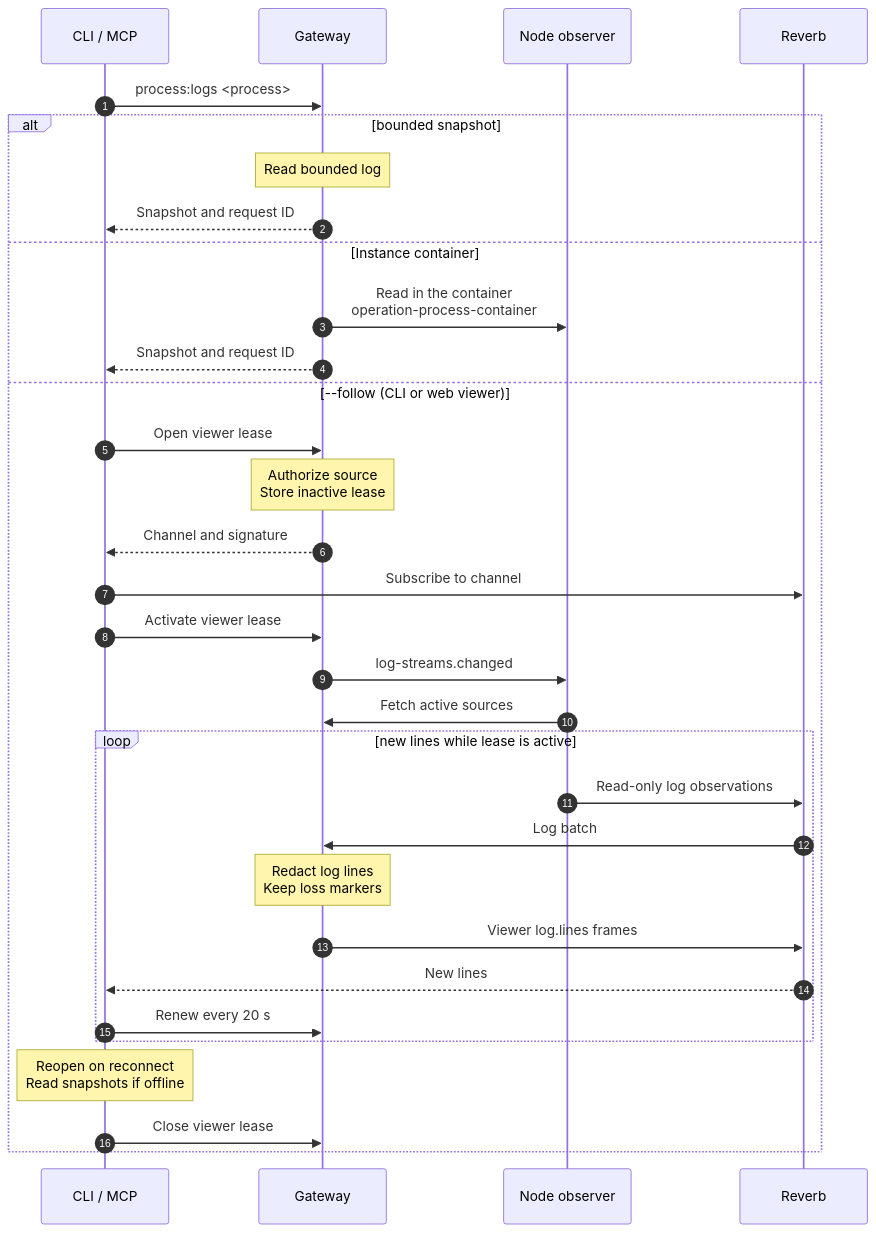
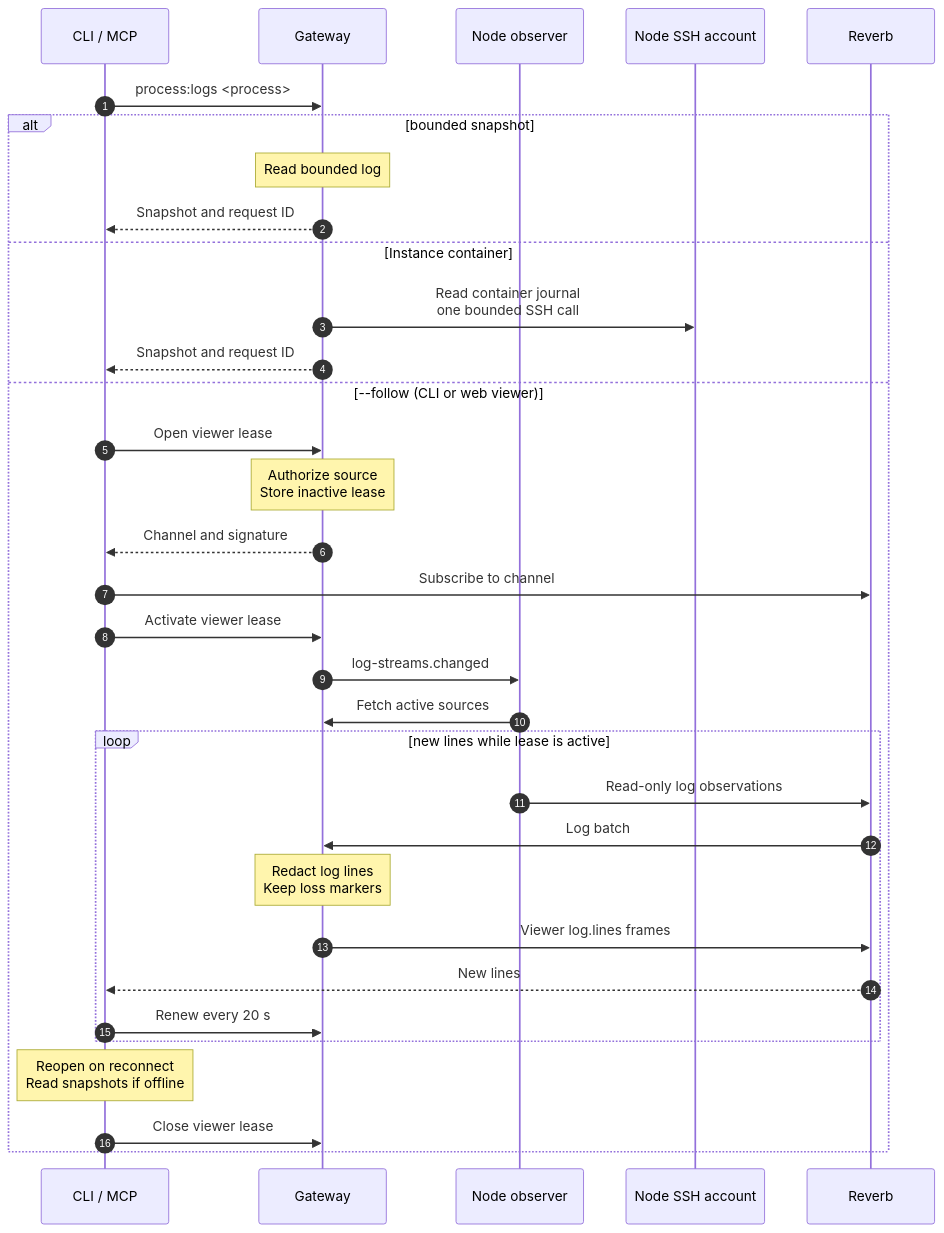
One commit to hardimpactdev/orbit changed the diagram in docs/cli/process/logs.mmd. Above: the diagram before and after it, drawn with Mermaid. The commit also changed 8 other files, not shown here.

Commit message:
docs: specify direct bounded container Process reads

```diff
--- a/docs/cli/process/logs.mmd
+++ b/docs/cli/process/logs.mmd
@@ -1,38 +1,39 @@
 sequenceDiagram
   %% status: draft
   %% command: process:logs
   %% kind: process.logs
   autonumber
   participant CLI as CLI / MCP
   participant GW as Gateway
   participant A as Node observer
+  participant N as Node SSH account
   participant R as Reverb
   CLI->>GW: process:logs <process>
   alt bounded snapshot
     Note over GW: Read bounded log
     GW-->>CLI: Snapshot and request ID
   else Instance container
-    GW->>A: Read in the container<br/>operation-process-container
+    GW->>N: Read container journal<br/>one bounded SSH call
     %%> What it does:
-    %%> - the Node agent cannot read a container's journal, so the Gateway runs `operation-process-container` and waits for it
-    %%> - the journal lines go only to the vault; the Gateway reads them there and redacts them
+    %%> - the Gateway builds fixed argv from the resolved Instance and Process; only the bounded lines count comes from the caller
+    %%> - the existing Node SSH account reads the journal with host-equivalent output bounds; the Gateway redacts it and records no Operation or workflow
     GW-->>CLI: Snapshot and request ID
   else --follow (CLI or web viewer)
     CLI->>GW: Open viewer lease
     Note over GW: Authorize source<br/>Store inactive lease
     GW-->>CLI: Channel and signature
     CLI->>R: Subscribe to channel
     CLI->>GW: Activate viewer lease
     GW->>A: log-streams.changed
     A->>GW: Fetch active sources
     loop new lines while lease is active
       A->>R: Read-only log observations
       R->>GW: Log batch
       Note over GW: Redact log lines<br/>Keep loss markers
       GW->>R: Viewer log.lines frames
       R-->>CLI: New lines
       CLI->>GW: Renew every 20 s
     end
     Note over CLI: Reopen on reconnect<br/>Read snapshots if offline
     CLI->>GW: Close viewer lease
   end
```
